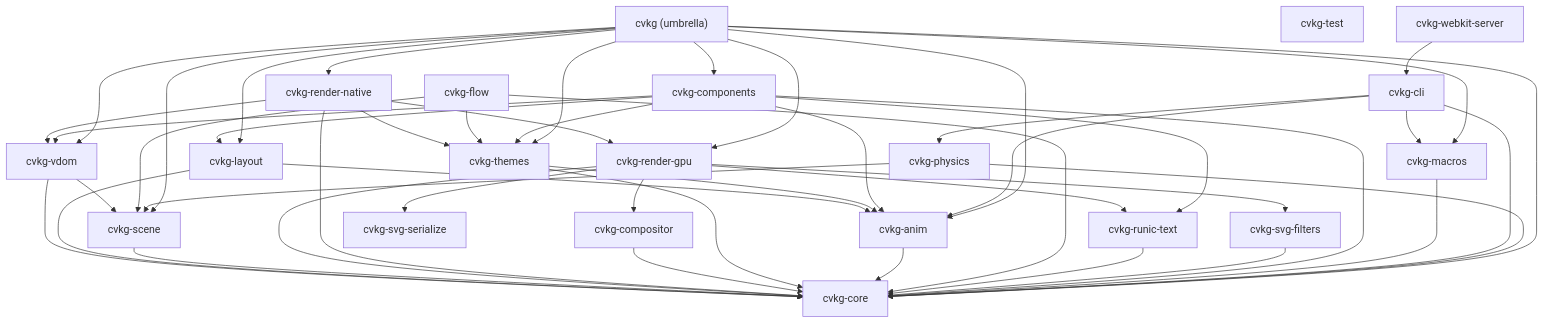
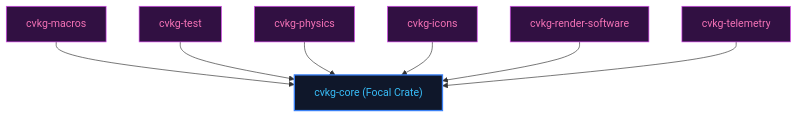
Before and after one commit to sydonayrex/cvkg: the diagram in cvkg-core/README.md, drawn with Mermaid. The commit also changed other lines of this file and 91 other files, not shown here.

````diff
--- a/cvkg-core/README.md
+++ b/cvkg-core/README.md
@@ -3,79 +11,20 @@
 ```mermaid
 graph TD
-    cvkg-core["cvkg-core"]
-    cvkg-vdom["cvkg-vdom"]
-    cvkg-scene["cvkg-scene"]
-    cvkg-layout["cvkg-layout"]
-    cvkg-render-gpu["cvkg-render-gpu"]
-    cvkg-render-native["cvkg-render-native"]
-    cvkg-compositor["cvkg-compositor"]
-    cvkg-themes["cvkg-themes"]
-    cvkg-anim["cvkg-anim"]
-    cvkg-flow["cvkg-flow"]
-    cvkg-runic-text["cvkg-runic-text"]
-    cvkg-svg-filters["cvkg-svg-filters"]
-    cvkg-svg-serialize["cvkg-svg-serialize"]
-    cvkg-components["cvkg-components"]
+    cvkg-core["cvkg-core (Focal Crate)"]
     cvkg-macros["cvkg-macros"]
-    cvkg-cli["cvkg-cli"]
-    cvkg-webkit-server["cvkg-webkit-server"]
+    cvkg-macros --> cvkg-core
     cvkg-test["cvkg-test"]
+    cvkg-test --> cvkg-core
     cvkg-physics["cvkg-physics"]
-    cvkg["cvkg (umbrella)"]
-
-    cvkg-vdom --> cvkg-core
-    cvkg-vdom --> cvkg-scene
-    cvkg-layout --> cvkg-core
-    cvkg-layout --> cvkg-anim
-    cvkg-scene --> cvkg-core
-
-    cvkg-render-gpu --> cvkg-core
-    cvkg-render-gpu --> cvkg-compositor
-    cvkg-render-gpu --> cvkg-svg-filters
-    cvkg-render-gpu --> cvkg-svg-serialize
-    cvkg-render-gpu --> cvkg-runic-text
-
-    cvkg-render-native --> cvkg-core
-    cvkg-render-native --> cvkg-render-gpu
-    cvkg-render-native --> cvkg-vdom
-    cvkg-render-native --> cvkg-themes
-
-    cvkg-compositor --> cvkg-core
-
-    cvkg-themes --> cvkg-core
-    cvkg-themes --> cvkg-anim
-    cvkg-anim --> cvkg-core
-    cvkg-flow --> cvkg-core
-    cvkg-flow --> cvkg-scene
-    cvkg-flow --> cvkg-themes
-
-    cvkg-runic-text --> cvkg-core
-    cvkg-svg-filters --> cvkg-core
-
-    cvkg-components --> cvkg-core
-    cvkg-components --> cvkg-vdom
-    cvkg-components --> cvkg-layout
-    cvkg-components --> cvkg-themes
-    cvkg-components --> cvkg-anim
-    cvkg-components --> cvkg-runic-text
-
-    cvkg-macros --> cvkg-core
-    cvkg-cli --> cvkg-core
-    cvkg-cli --> cvkg-physics
-    cvkg-cli --> cvkg-anim
-    cvkg-cli --> cvkg-macros
-    cvkg-webkit-server --> cvkg-cli
     cvkg-physics --> cvkg-core
-    cvkg-physics --> cvkg-scene
-
-    cvkg --> cvkg-core
-    cvkg --> cvkg-vdom
-    cvkg --> cvkg-scene
-    cvkg --> cvkg-layout
-    cvkg --> cvkg-themes
-    cvkg --> cvkg-anim
-    cvkg --> cvkg-macros
-    cvkg --> cvkg-components
-    cvkg --> cvkg-render-gpu
-    cvkg --> cvkg-render-native
+    cvkg-icons["cvkg-icons"]
+    cvkg-icons --> cvkg-core
+    cvkg-render-software["cvkg-render-software"]
+    cvkg-render-software --> cvkg-core
+    cvkg-telemetry["cvkg-telemetry"]
+    cvkg-telemetry --> cvkg-core
+    classDef focal fill:#0f172a,stroke:#3b82f6,color:#38bdf8,stroke-width:2px
+    classDef sibling fill:#311042,stroke:#d946ef,color:#f472b6,stroke-width:1px
+    class cvkg-core focal
+    class cvkg-physics,cvkg-render-software,cvkg-test,cvkg-telemetry,cvkg-icons,cvkg-macros sibling
 ```
````
